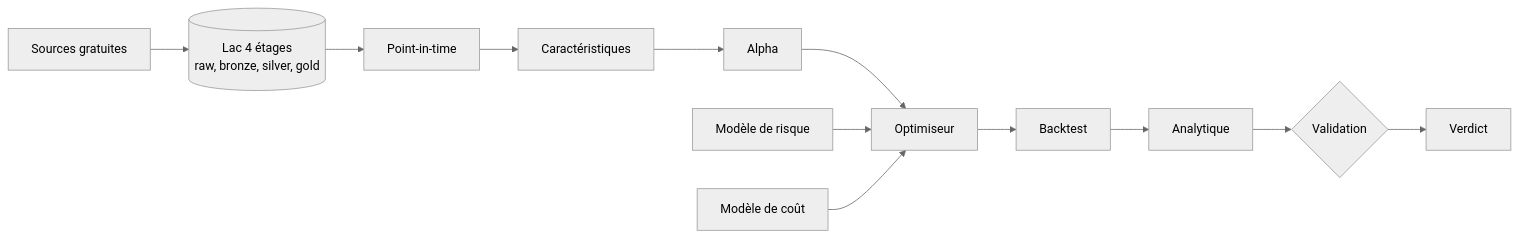
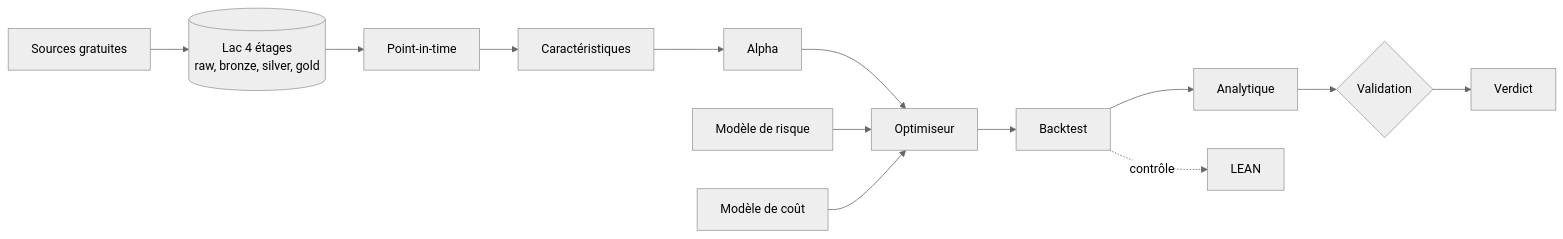
The diagram in README.md (Guilou001/quant-research-platform), drawn with Mermaid (neutral theme) before and after one commit. The commit also changed other lines of this file and 61 other files, not shown here.

````diff
--- a/README.md
+++ b/README.md
@@ -97,14 +139,15 @@
 ```mermaid
 flowchart LR
     S[Sources gratuites] --> L[(Lac 4 étages<br/>raw, bronze, silver, gold)]
     L --> P[Point-in-time]
     P --> F[Caractéristiques]
     F --> A[Alpha]
     A --> O[Optimiseur]
     R[Modèle de risque] --> O
     C[Modèle de coût] --> O
     O --> B[Backtest]
     B --> M[Analytique]
     M --> V{Validation}
     V --> D[Verdict]
+    B -.contrôle.-> X[LEAN]
 ```
````
